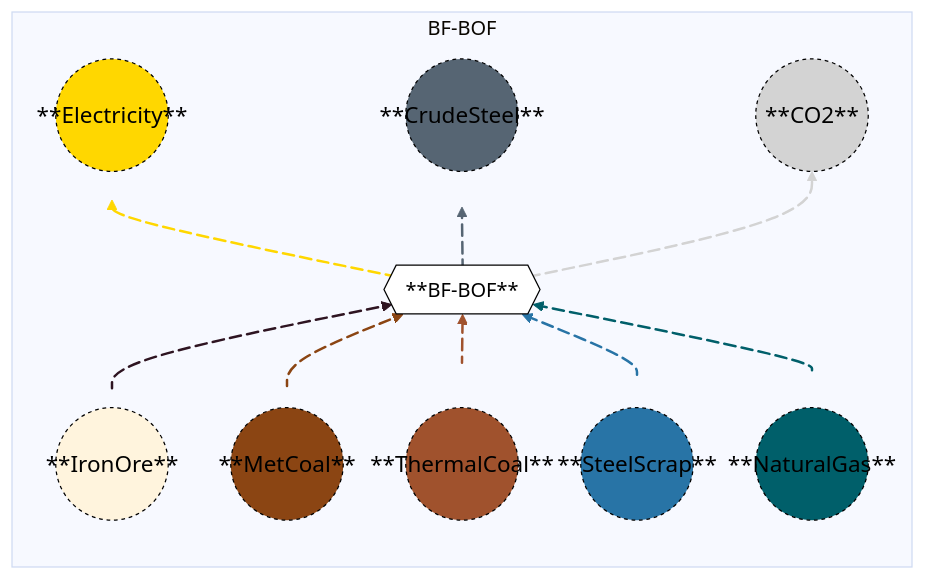
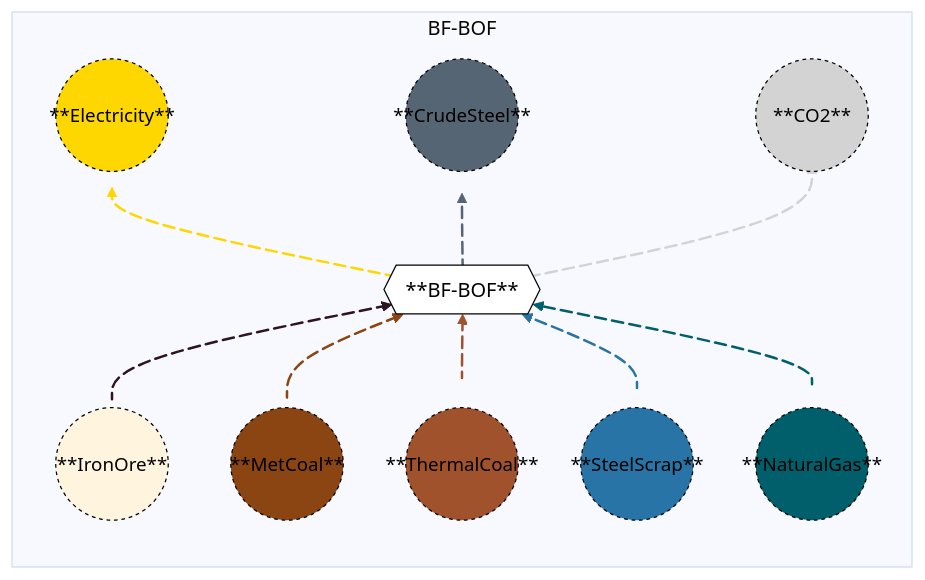
Before and after one commit to acheng1757/MacroEnergy-Abbie.jl: the diagram in docs/src/Manual/assets/blastfurnacebasicoxygenfurnace.md, drawn with Mermaid.

````diff
--- a/docs/src/Manual/assets/blastfurnacebasicoxygenfurnace.md
+++ b/docs/src/Manual/assets/blastfurnacebasicoxygenfurnace.md
@@ -28,43 +28,43 @@
 ```mermaid
 %%{init: {'theme': 'base', 'themeVariables': { 'background': '#D1EBDE' }}}%%
 flowchart BT
   subgraph BF-BOF
   direction BT
     A1(("**IronOre**")) e1@-->B{{"**BF-BOF**"}}
     A2(("**MetCoal**")) e2@-->B{{"**BF-BOF**"}}
     A3(("**ThermalCoal**")) e3@-->B{{"**BF-BOF**"}}
     A4(("**SteelScrap**")) e4@-->B{{"**BF-BOF**"}}
     A5(("**NaturalGas**")) e5@-->B{{"**BF-BOF**"}}
     B{{"**BF-BOF**"}} e6@-->C1(("**Electricity**"))
     B{{"**BF-BOF**"}} e7@-->C2(("**CrudeSteel**"))
     B{{"**BF-BOF**"}} e8@-->C3(("**CO2**"))
 
     e1@{ animate: true }
     e2@{ animate: true }
     e3@{ animate: true }
     e4@{ animate: true }
     e5@{ animate: true }
     e6@{ animate: true }
     e7@{ animate: true }
     e8@{ animate: true }
  end
-    style A1 font-size:18px,r:45px,fill:#FFD700D,stroke:black,color:black,stroke-dasharray: 3,5;
-    style A2 font-size:18px,r:45px,fill:#8B4513,stroke:black,color:black,stroke-dasharray: 3,5;
-    style A3 font-size:18px,r:45px,fill:#A0522D,stroke:black,color:black,stroke-dasharray: 3,5;
-    style A4 font-size:18px,r:45px,fill:#2874A6,stroke:black,color:black,stroke-dasharray: 3,5;
-    style A5 font-size:18px,r:45px,fill:#005F6A,stroke:black,color:black,stroke-dasharray: 3,5;
+    style A1 font-size:15px,r:45px,fill:#FFD700D,stroke:black,color:black,stroke-dasharray: 3,5;
+    style A2 font-size:15px,r:45px,fill:#8B4513,stroke:black,color:black,stroke-dasharray: 3,5;
+    style A3 font-size:15px,r:45px,fill:#A0522D,stroke:black,color:black,stroke-dasharray: 3,5;
+    style A4 font-size:15px,r:45px,fill:#2874A6,stroke:black,color:black,stroke-dasharray: 3,5;
+    style A5 font-size:15px,r:45px,fill:#005F6A,stroke:black,color:black,stroke-dasharray: 3,5;
     style B fill:white,stroke:black,color:black;
-    style C1 font-size:18px,r:45px,fill:#FFD700,stroke:black,color:black,stroke-dasharray: 3,5;
-    style C2 font-size:18px,r:45px,fill:#566573,stroke:black,color:black,stroke-dasharray: 3,5;
-    style C3 font-size:18px,r:45px,fill:lightgray,stroke:black,color:black,stroke-dasharray: 3,5;
+    style C1 font-size:15px,r:45px,fill:#FFD700,stroke:black,color:black,stroke-dasharray: 3,5;
+    style C2 font-size:15px,r:45px,fill:#566573,stroke:black,color:black,stroke-dasharray: 3,5;
+    style C3 font-size:15px,r:45px,fill:lightgray,stroke:black,color:black,stroke-dasharray: 3,5;
     linkStyle 0 stroke:#FFD700D, stroke-width: 2px;
     linkStyle 1 stroke:#8B4513, stroke-width: 2px;
     linkStyle 2 stroke:#A0522D, stroke-width: 2px;
     linkStyle 3 stroke:#2874A6, stroke-width: 2px;
     linkStyle 4 stroke:#005F6A, stroke-width: 2px;
     linkStyle 5 stroke:#FFD700, stroke-width: 2px;
     linkStyle 6 stroke:#566573, stroke-width: 2px;
     linkStyle 7 stroke:lightgray, stroke-width: 2px;
 
 
 ```
````
